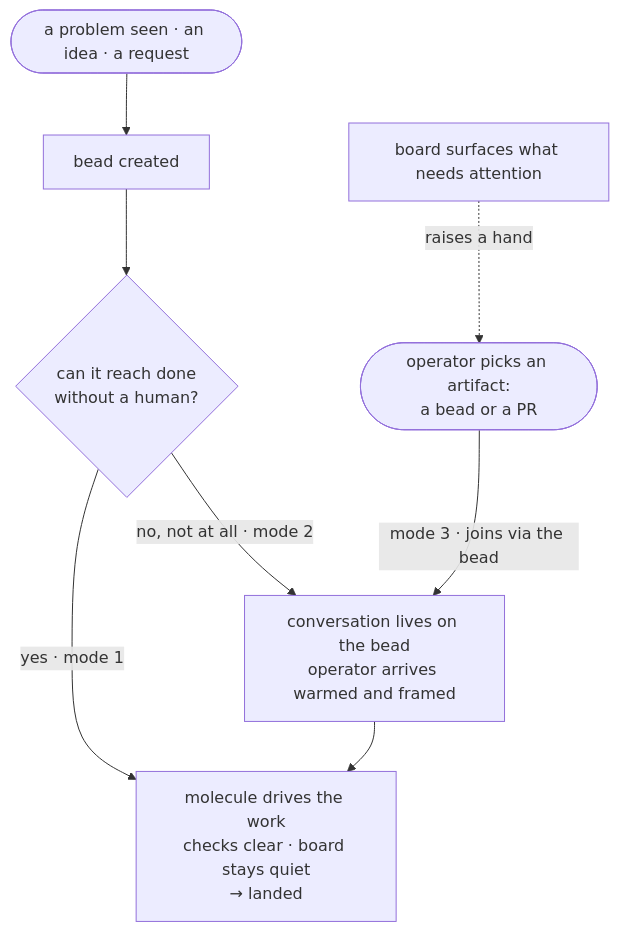
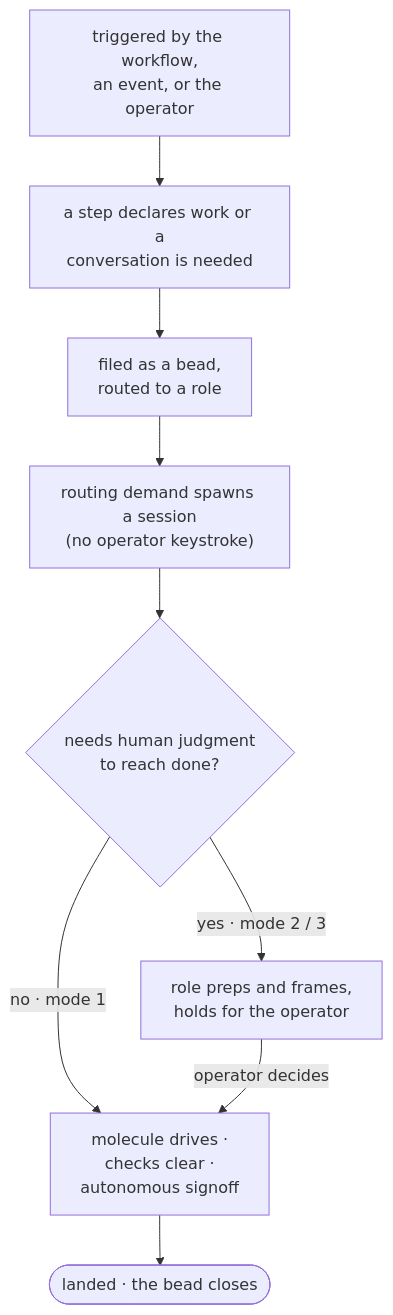
Before and after one commit to zookanalytics/gc-toolkit: the diagram in docs/architecture.md, drawn with Mermaid. The commit also changed other lines of this file, not shown here.

````diff
--- a/docs/architecture.md
+++ b/docs/architecture.md
@@ -122,10 +177,11 @@
 ```mermaid
 flowchart TD
-    src([a problem seen · an idea · a request]) --> bead[bead created]
-    bead --> q{can it reach done<br/>without a human?}
-    q -->|"yes · mode 1"| auto[molecule drives the work<br/>checks clear · board stays quiet<br/>→ landed]
-    q -->|"no, not at all · mode 2"| conv[conversation lives on the bead<br/>operator arrives warmed and framed]
-    conv --> auto
-    op([operator picks an artifact:<br/>a bead or a PR]) -->|"mode 3 · joins via the bead"| conv
-    board[board surfaces what needs attention] -. raises a hand .-> op
+    trig["triggered by the workflow,<br/>an event, or the operator"] --> step["a step declares work or a<br/>conversation is needed"]
+    step --> route["filed as a bead,<br/>routed to a role"]
+    route --> spawn["routing demand spawns a session<br/>(no operator keystroke)"]
+    spawn --> q{needs human judgment<br/>to reach done?}
+    q -->|"no · mode 1"| auto["molecule drives ·<br/>checks clear ·<br/>autonomous signoff"]
+    q -->|"yes · mode 2 / 3"| conv["role preps and frames,<br/>holds for the operator"]
+    conv -->|"operator decides"| auto
+    auto --> landed([landed · the bead closes])
 ```
````
